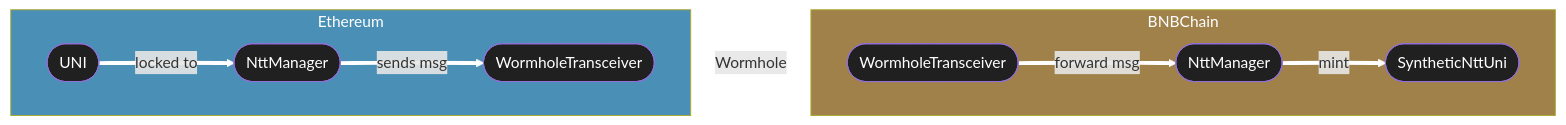
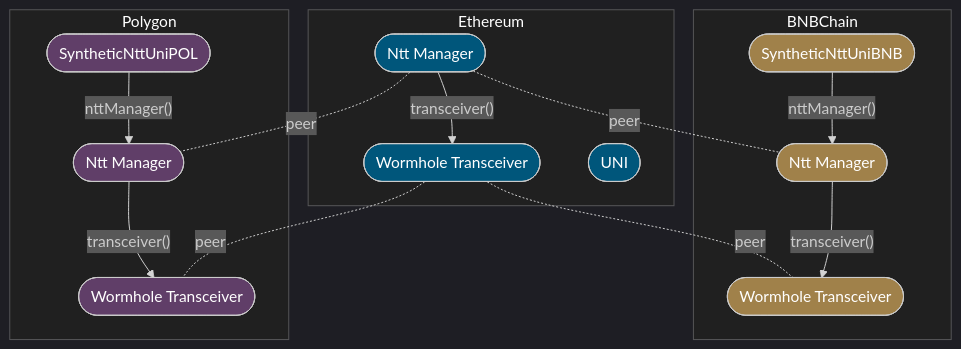
The third of 9 diagrams in script/proposal-4/Index.md (Uniswap/protocol-fees), drawn with Mermaid before and after one commit. The commit also changed other lines of this file and 1 other file, not shown here.

````diff
--- a/script/proposal-4/Index.md
+++ b/script/proposal-4/Index.md
@@ -120,31 +199,55 @@
 ```mermaid
-flowchart LR
-    ETH_WT([WormholeTransceiver])
-    ETH_NTT([NttManager])
-    ETH_UNI([UNI])
-    BNB_WT([WormholeTransceiver])
-    BNB_NTT([NttManager])
-    BNB_UNI([SyntheticNttUni])
+---
+config:
+    theme: 'dark'
+---
+flowchart TB
+       WormholeTransceiverETH([Wormhole Transceiver]):::on_eth
+       NttManagerETH([Ntt Manager]):::on_eth
+       UNI([UNI]):::on_eth
+       WormholeTransceiverBNB([Wormhole Transceiver]):::on_bnb
+       NttManagerBNB([Ntt Manager]):::on_bnb
+       SyntheticNttUNIBNB([SyntheticNttUniBNB]):::on_bnb
+       WormholeTransceiverPOL([Wormhole Transceiver]):::on_pol
+       NttManagerPOL([Ntt Manager]):::on_pol
+       SyntheticNttUNIPOL([SyntheticNttUniPOL]):::on_pol
 
     subgraph Ethereum
-        direction LR
-        ETH_UNI -->|locked to| ETH_NTT
-        ETH_NTT -->|sends msg| ETH_WT
+       WormholeTransceiverETH
+       NttManagerETH
+       UNI
+    end
+    subgraph BNBChain
+       WormholeTransceiverBNB
+       NttManagerBNB
+       SyntheticNttUNIBNB
+    end
+    subgraph Polygon
+       WormholeTransceiverPOL
+       NttManagerPOL
+       SyntheticNttUNIPOL
     end
 
-    Ethereum -.->|Wormhole| BNBChain
+    WormholeTransceiverETH -.-|peer| WormholeTransceiverBNB
 
-    subgraph BNBChain
-        direction LR
-        BNB_WT -->|forward msg| BNB_NTT
-        BNB_NTT -->|mint| BNB_UNI
-    end
+    NttManagerETH -.-|peer| NttManagerBNB
+    NttManagerETH -.-|peer| NttManagerPOL
 
-    Ethereum:::on_eth
-    BNBChain:::on_bnb
+    NttManagerETH -->|"transceiver()"| WormholeTransceiverETH
+    NttManagerBNB -->|"transceiver()"| WormholeTransceiverBNB
+    NttManagerPOL -->|"transceiver()"| WormholeTransceiverPOL
 
-    linkStyle default stroke:#fff,stroke-width:4px
-    classDef default fill:#202020,color:#fff
+    WormholeTransceiverETH -.-|peer| WormholeTransceiverPOL
+
+    SyntheticNttUNIPOL -->|"nttManager()"| NttManagerPOL
+    SyntheticNttUNIBNB -->|"nttManager()"| NttManagerBNB
+
+    Ethereum:::sub
+    BNBChain:::sub
+    Polygon:::sub
+
     classDef on_bnb fill:#a0814a,color:#fff
-    classDef on_eth fill:#498fb6,color:#fff
+    classDef on_eth fill:#00567b,color:#fff
+    classDef on_pol fill:#603e68,color:#fff
+    classDef sub fill:#202020,color:#fff
 ```
````
